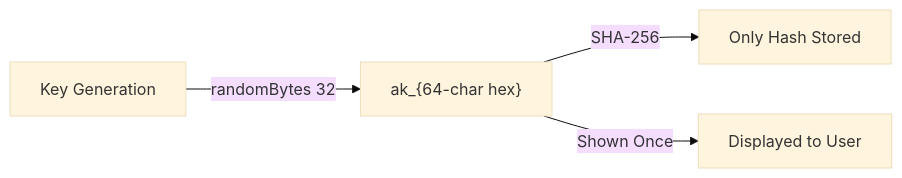
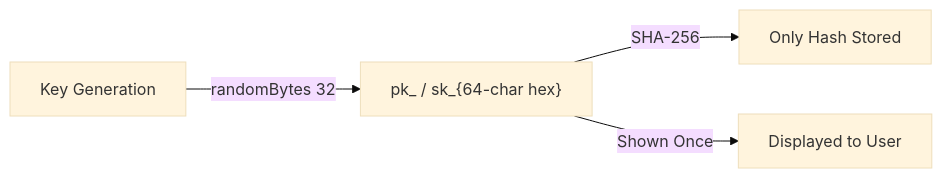
The second of 2 diagrams in en/security/06-data-encryption.md (popup-studio-ai/bkend-docs), drawn with Mermaid (base theme) before and after one commit. The commit also changed 365 other files, not shown here.

````diff
--- a/en/security/06-data-encryption.md
+++ b/en/security/06-data-encryption.md
@@ -80,6 +80,6 @@
 ```mermaid
 flowchart LR
-    A[Key Generation] -->|randomBytes 32| B["ak_{64-char hex}"]
+    A[Key Generation] -->|randomBytes 32| B["pk_ / sk_{64-char hex}"]
     B -->|SHA-256| C[Only Hash Stored]
     B -->|Shown Once| D[Displayed to User]
 ```
````
